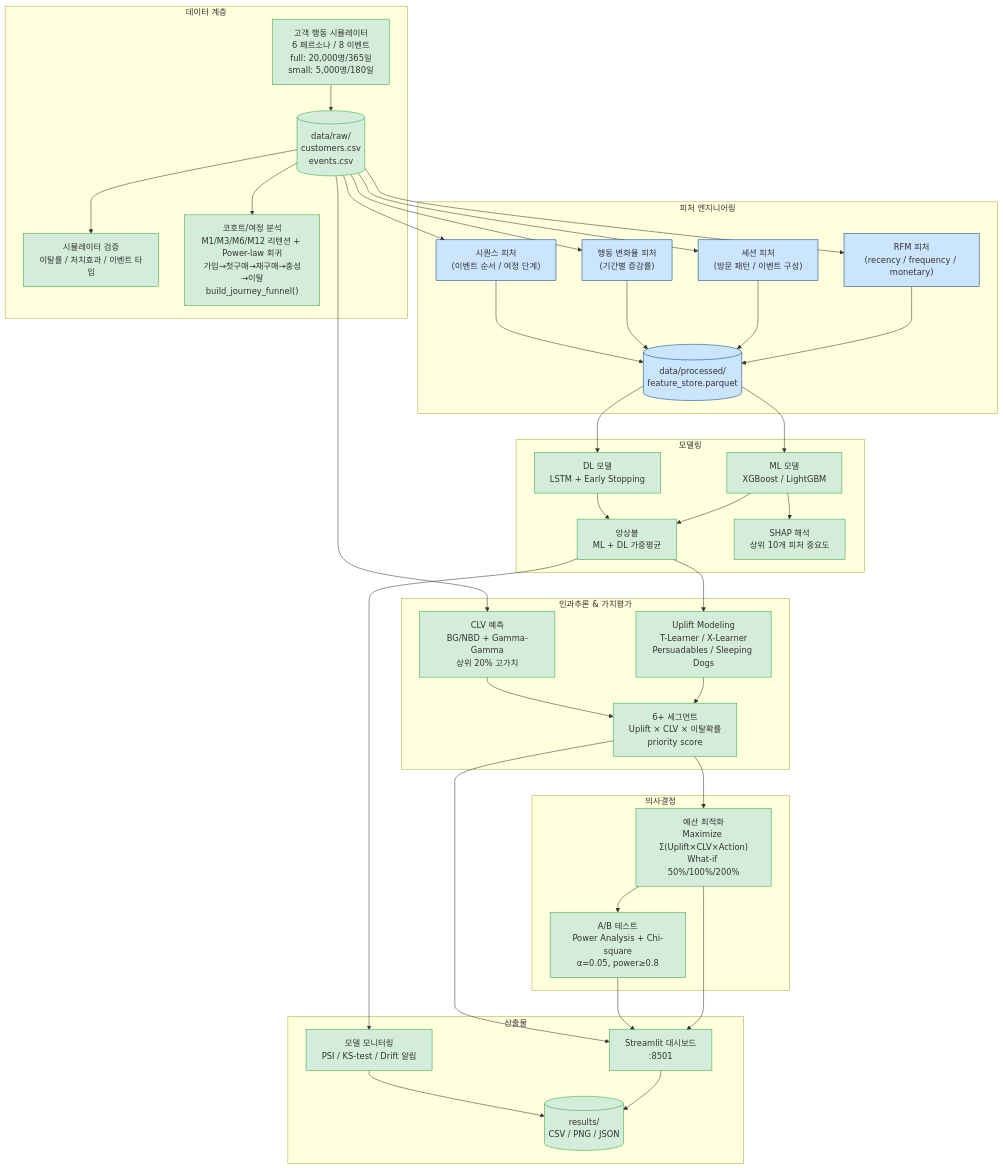
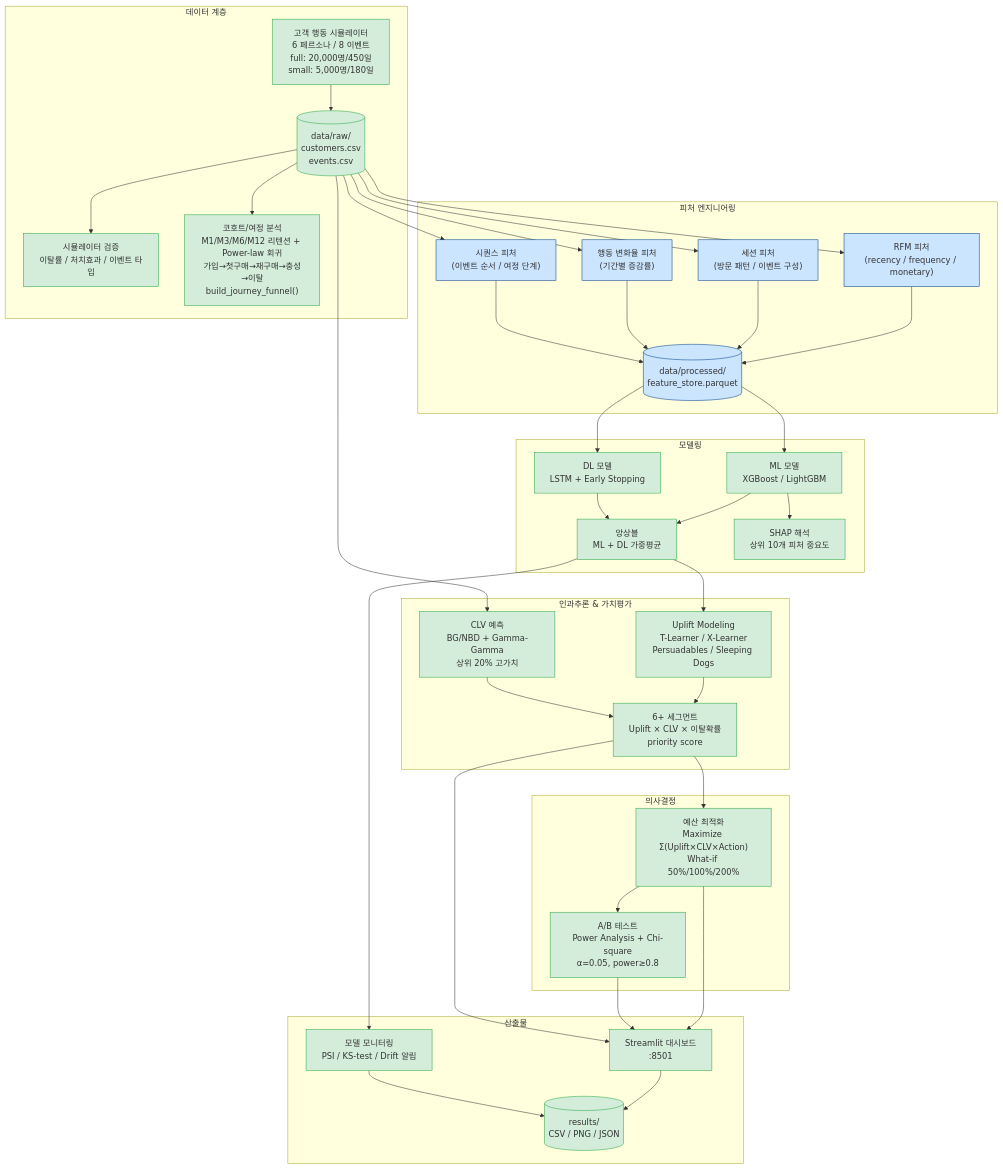
Before and after one commit to neibler/customer-churn-retention-system: the first of 2 diagrams in README.md, drawn with Mermaid. The commit also changed other lines of this file and 1 other file, not shown here.

````diff
--- a/README.md
+++ b/README.md
@@ -84,62 +84,62 @@
 ```mermaid
 flowchart TB
     subgraph Data["데이터 계층"]
-        SIM["고객 행동 시뮬레이터\n6 페르소나 / 8 이벤트\nfull: 20,000명/365일\nsmall: 5,000명/180일"]
+        SIM["고객 행동 시뮬레이터\n6 페르소나 / 8 이벤트\nfull: 20,000명/450일\nsmall: 5,000명/180일"]
         VAL["시뮬레이터 검증\n이탈률 / 처치효과 / 이벤트 타입"]
         RAW[("data/raw/\ncustomers.csv\nevents.csv")]
         COHORT["코호트/여정 분석\nM1/M3/M6/M12 리텐션 + Power-law 회귀\n가입→첫구매→재구매→충성→이탈\nbuild_journey_funnel()"]
         SIM --> RAW --> VAL
         RAW --> COHORT
     end
 
     subgraph Feature["피처 엔지니어링"]
         RFM["RFM 피처\n(recency / frequency / monetary)"]
         SES["세션 피처\n(방문 패턴 / 이벤트 구성)"]
         BEH["행동 변화율 피처\n(기간별 증감률)"]
         SEQ["시퀀스 피처\n(이벤트 순서 / 여정 단계)"]
         STORE[("data/processed/\nfeature_store.parquet")]
         RAW --> RFM & SES & BEH & SEQ
         RFM & SES & BEH & SEQ --> STORE
     end
 
     subgraph Model["모델링"]
         ML["ML 모델\nXGBoost / LightGBM"]
         DL["DL 모델\nLSTM + Early Stopping"]
         ENS["앙상블\nML + DL 가중평균"]
         SHAP["SHAP 해석\n상위 10개 피처 중요도"]
         STORE --> ML & DL
         ML & DL --> ENS
         ML --> SHAP
     end
 
     subgraph Causal["인과추론 & 가치평가"]
         UPLIFT["Uplift Modeling\nT-Learner / X-Learner\nPersuadables / Sleeping Dogs"]
         CLV["CLV 예측\nBG/NBD + Gamma-Gamma\n상위 20% 고가치"]
         SEG["6+ 세그먼트\nUplift × CLV × 이탈확률\npriority score"]
         ENS --> UPLIFT
         RAW --> CLV
         UPLIFT & CLV --> SEG
     end
 
     subgraph Decision["의사결정"]
         OPT["예산 최적화\nMaximize Σ(Uplift×CLV×Action)\nWhat-if 50%/100%/200%"]
         AB["A/B 테스트\nPower Analysis + Chi-square\nα=0.05, power≥0.8"]
         SEG --> OPT
         OPT --> AB
     end
 
     subgraph Output["산출물"]
         DASH["Streamlit 대시보드\n:8501"]
         MON["모델 모니터링\nPSI / KS-test / Drift 알림"]
         REPORT[("results/\nCSV / PNG / JSON")]
         OPT & AB & SEG --> DASH
         ENS --> MON
         DASH & MON --> REPORT
     end
 
     classDef done fill:#d4edda,stroke:#28a745
     classDef wip fill:#fff3cd,stroke:#ffc107
     classDef code fill:#cce5ff,stroke:#004085
     class SIM,VAL,RAW,COHORT,ML,DL,ENS,SHAP,UPLIFT,CLV,SEG,OPT,AB,DASH,MON,REPORT done
     class RFM,SES,BEH,SEQ,STORE code
 ```
````
